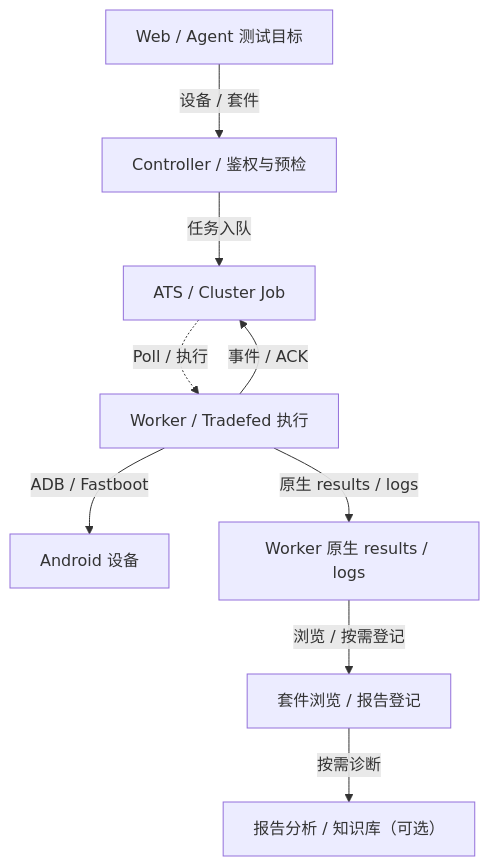
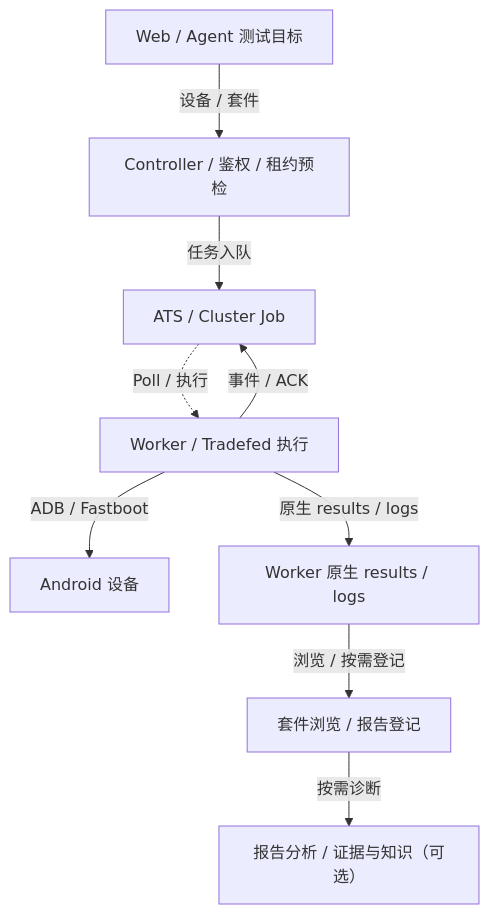
One commit to weixin1263831586/GMS_Remote_Test_Web changed the diagram in docs/architecture/test-flow-topology.mmd. Above: the diagram before and after it, drawn with Mermaid. The commit also changed 476 other files, not shown here.

```diff
--- a/docs/architecture/test-flow-topology.mmd
+++ b/docs/architecture/test-flow-topology.mmd
@@ -1,19 +1,19 @@
 %% 以设备归属和任务回执为中心；报告按来源展示，不假设全部回传 Controller。
 flowchart TB
     Request["Web / Agent 测试目标"]
-    Gate["Controller / 鉴权与预检"]
+    Gate["Controller / 鉴权 / 租约预检"]
     Job["ATS / Cluster Job"]
     Worker["Worker / Tradefed 执行"]
     Device["Android 设备"]
     Evidence["Worker 原生 results / logs"]
     Report["套件浏览 / 报告登记"]
-    Diagnosis["报告分析 / 知识库（可选）"]
+    Diagnosis["报告分析 / 证据与知识（可选）"]
 
     Request -->|"设备 / 套件"| Gate
     Gate -->|"任务入队"| Job
     Job -.->|"Poll / 执行"| Worker
     Worker -->|"事件 / ACK"| Job
     Worker -->|"ADB / Fastboot"| Device
     Worker -->|"原生 results / logs"| Evidence
     Evidence -->|"浏览 / 按需登记"| Report
     Report -->|"按需诊断"| Diagnosis
```
